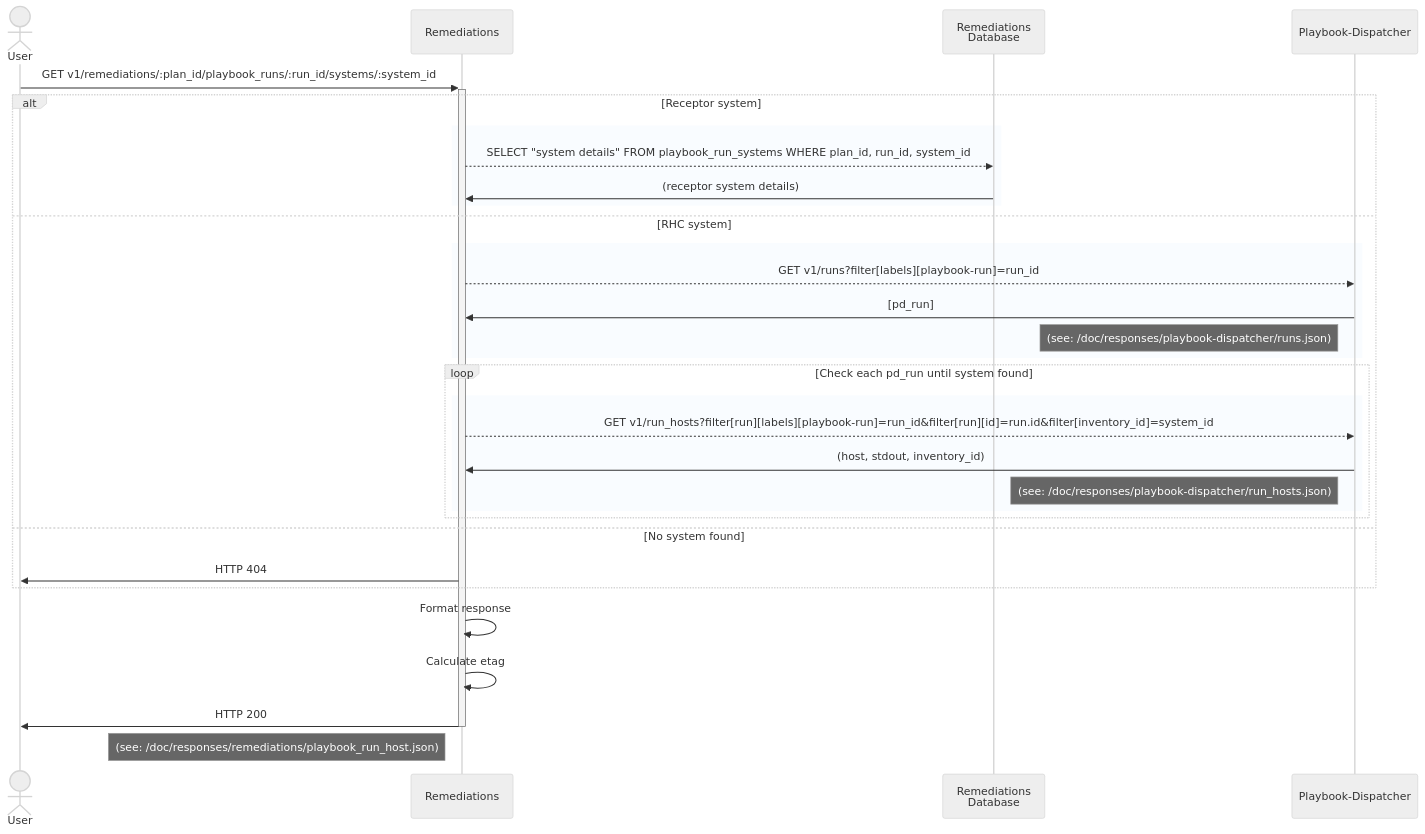
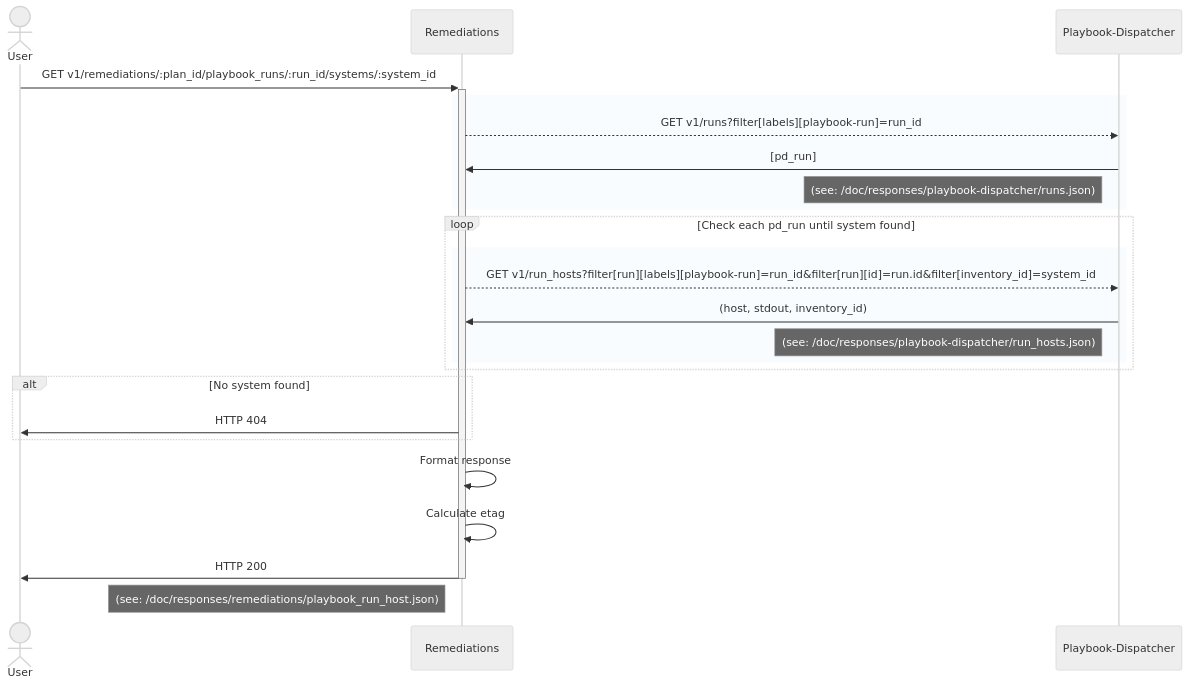
One commit to RedHatInsights/insights-remediations changed the diagram in doc/diagrams/v1/remediations/{plan_id}/playbook_runs/getSystemDetails.md. Above: the diagram before and after it, drawn with Mermaid (neutral theme). The commit also changed other lines of this file and 8 other files, not shown here.

````diff
--- a/doc/diagrams/v1/remediations/{plan_id}/playbook_runs/getSystemDetails.md
+++ b/doc/diagrams/v1/remediations/{plan_id}/playbook_runs/getSystemDetails.md
@@ -16,38 +15,30 @@
 ```mermaid
 sequenceDiagram
     actor u as User
     participant rem as Remediations
-    participant db as Remediations<br>Database
     participant pd as Playbook-Dispatcher
 
     u ->> + rem: GET v1/remediations/:plan_id/playbook_runs/:run_id/systems/:system_id
- 
-    alt Receptor system
+
+    rect rgba(191, 223, 255, .1)
+       rem -->> pd: GET v1/runs?filter[labels][playbook-run]=run_id
+       pd ->> rem: [pd_run]
+       note left of pd: (see: /doc/responses/playbook-dispatcher/runs.json)
+    end
+    loop Check each pd_run until system found
        rect rgba(191, 223, 255, .1)
-          rem -->> db: SELECT "system details" FROM playbook_run_systems WHERE plan_id, run_id, system_id
-          db ->> rem: (receptor system details)
+          rem -->> pd: GET v1/run_hosts?filter[run][labels][playbook-run]=run_id&filter[run][id]=run.id&filter[inventory_id]=system_id
+          pd ->> rem: (host, stdout, inventory_id)
+          note left of pd: (see: /doc/responses/playbook-dispatcher/run_hosts.json)
        end
+    end
 
-    else RHC system
-       rect rgba(191, 223, 255, .1)
-          rem -->> pd: GET v1/runs?filter[labels][playbook-run]=run_id
-          pd ->> rem: [pd_run]
-          note left of pd: (see: /doc/responses/playbook-dispatcher/runs.json)
-       end
-       loop Check each pd_run until system found
-          rect rgba(191, 223, 255, .1)
-             rem -->> pd: GET v1/run_hosts?filter[run][labels][playbook-run]=run_id&filter[run][id]=run.id&filter[inventory_id]=system_id
-             pd ->> rem: (host, stdout, inventory_id)
-             note left of pd: (see: /doc/responses/playbook-dispatcher/run_hosts.json)
-          end
-       end
-
-    else No system found
+    alt No system found
        rem ->> u: HTTP 404
     end
  
     rem ->> rem: Format response
     rem ->> rem: Calculate etag
     rem ->> - u: HTTP 200
     note left of rem: (see: /doc/responses/remediations/playbook_run_host.json)
 ```
````
